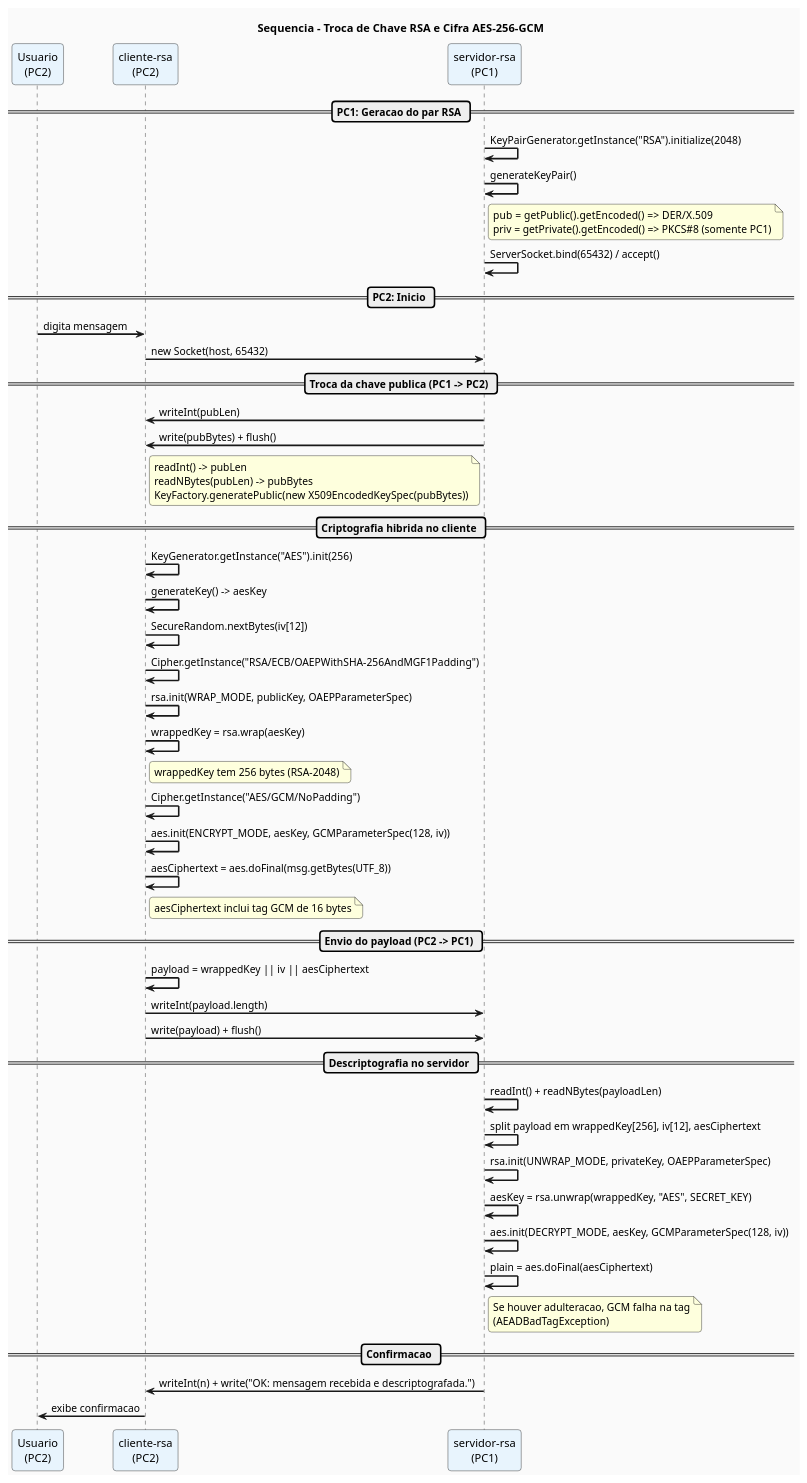
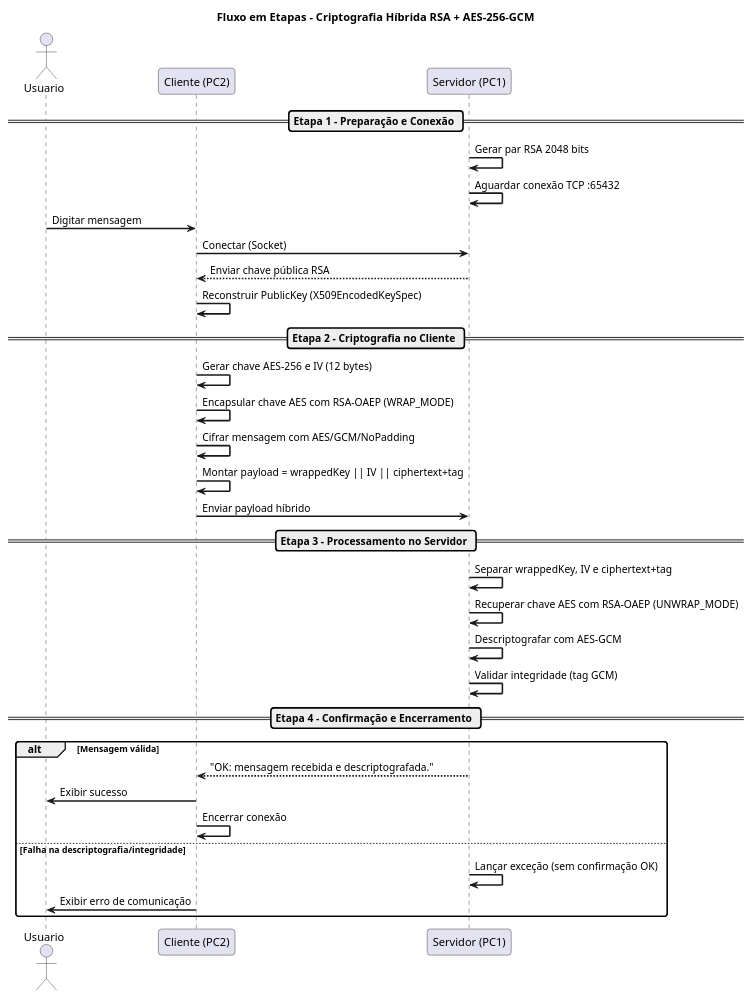
The diagram in criptografia/docs/sistema-rsa-completo.plantuml (burinmatheus/seguranca-de-dados), drawn with PlantUML before and after one commit. The commit also changed other lines of this file and 2 other files, not shown here.

Commit message:
docs: atualiza README e RELATORIO com instruções e diagrama de fluxo

```diff
--- a/criptografia/docs/sistema-rsa-completo.plantuml
+++ b/criptografia/docs/sistema-rsa-completo.plantuml
@@ -124,82 +1,46 @@
-@startuml sequence-troca-de-chaves
+@startuml
+title Fluxo em Etapas - Criptografia Híbrida RSA + AES-256-GCM
+
 skinparam sequenceArrowThickness 2
 skinparam roundcorner 8
-skinparam backgroundColor #FAFAFA
-skinparam sequenceParticipantBackgroundColor #E8F4FD
 
-title Sequencia - Troca de Chave RSA e Cifra AES-256-GCM
+actor "Usuario" as Usuario
+participant "Cliente (PC2)" as Cliente
+participant "Servidor (PC1)" as Servidor
 
-participant "Usuario\n(PC2)" as USR
-participant "cliente-rsa\n(PC2)" as CLI
-participant "servidor-rsa\n(PC1)" as SRV
+== Etapa 1 - Preparação e Conexão ==
+Servidor -> Servidor: Gerar par RSA 2048 bits
+Servidor -> Servidor: Aguardar conexão TCP :65432
+Usuario -> Cliente: Digitar mensagem
+Cliente -> Servidor: Conectar (Socket)
 
-== PC1: Geracao do par RSA ==
+Servidor --> Cliente: Enviar chave pública RSA
 
-SRV -> SRV : KeyPairGenerator.getInstance("RSA").initialize(2048)
-SRV -> SRV : generateKeyPair()
-note right of SRV
-  pub  = getPublic().getEncoded()  => DER/X.509
-  priv = getPrivate().getEncoded() => PKCS#8 (somente PC1)
-end note
-SRV -> SRV : ServerSocket.bind(65432) / accept()
 
-== PC2: Inicio ==
+Cliente -> Cliente: Reconstruir PublicKey (X509EncodedKeySpec)
 
-USR -> CLI : digita mensagem
-CLI -> SRV : new Socket(host, 65432)
+== Etapa 2 - Criptografia no Cliente ==
+Cliente -> Cliente: Gerar chave AES-256 e IV (12 bytes)
+Cliente -> Cliente: Encapsular chave AES com RSA-OAEP (WRAP_MODE)
+Cliente -> Cliente: Cifrar mensagem com AES/GCM/NoPadding
+Cliente -> Cliente: Montar payload = wrappedKey || IV || ciphertext+tag
 
-== Troca da chave publica (PC1 -> PC2) ==
+Cliente -> Servidor: Enviar payload híbrido
 
-SRV -> CLI : writeInt(pubLen)
-SRV -> CLI : write(pubBytes) + flush()
-note right of CLI
-  readInt() -> pubLen
-  readNBytes(pubLen) -> pubBytes
-  KeyFactory.generatePublic(new X509EncodedKeySpec(pubBytes))
-end note
+== Etapa 3 - Processamento no Servidor ==
+Servidor -> Servidor: Separar wrappedKey, IV e ciphertext+tag
+Servidor -> Servidor: Recuperar chave AES com RSA-OAEP (UNWRAP_MODE)
+Servidor -> Servidor: Descriptografar com AES-GCM
+Servidor -> Servidor: Validar integridade (tag GCM)
 
-== Criptografia hibrida no cliente ==
-
-CLI -> CLI : KeyGenerator.getInstance("AES").init(256)
-CLI -> CLI : generateKey() -> aesKey
-CLI -> CLI : SecureRandom.nextBytes(iv[12])
-
-CLI -> CLI : Cipher.getInstance("RSA/ECB/OAEPWithSHA-256AndMGF1Padding")
-CLI -> CLI : rsa.init(WRAP_MODE, publicKey, OAEPParameterSpec)
-CLI -> CLI : wrappedKey = rsa.wrap(aesKey)
-note right of CLI
-  wrappedKey tem 256 bytes (RSA-2048)
-end note
-
-CLI -> CLI : Cipher.getInstance("AES/GCM/NoPadding")
-CLI -> CLI : aes.init(ENCRYPT_MODE, aesKey, GCMParameterSpec(128, iv))
-CLI -> CLI : aesCiphertext = aes.doFinal(msg.getBytes(UTF_8))
-note right of CLI
-  aesCiphertext inclui tag GCM de 16 bytes
-end note
-
-== Envio do payload (PC2 -> PC1) ==
-
-CLI -> CLI : payload = wrappedKey || iv || aesCiphertext
-CLI -> SRV : writeInt(payload.length)
-CLI -> SRV : write(payload) + flush()
-
-== Descriptografia no servidor ==
-
-SRV -> SRV : readInt() + readNBytes(payloadLen)
-SRV -> SRV : split payload em wrappedKey[256], iv[12], aesCiphertext
-SRV -> SRV : rsa.init(UNWRAP_MODE, privateKey, OAEPParameterSpec)
-SRV -> SRV : aesKey = rsa.unwrap(wrappedKey, "AES", SECRET_KEY)
-SRV -> SRV : aes.init(DECRYPT_MODE, aesKey, GCMParameterSpec(128, iv))
-SRV -> SRV : plain = aes.doFinal(aesCiphertext)
-note right of SRV
-  Se houver adulteracao, GCM falha na tag
-  (AEADBadTagException)
-end note
-
-== Confirmacao ==
-
-SRV -> CLI : writeInt(n) + write("OK: mensagem recebida e descriptografada.")
-CLI -> USR : exibe confirmacao
+== Etapa 4 - Confirmação e Encerramento ==
+alt Mensagem válida
+  Servidor --> Cliente: "OK: mensagem recebida e descriptografada."
+  Cliente -> Usuario: Exibir sucesso
+  Cliente -> Cliente: Encerrar conexão
+else Falha na descriptografia/integridade
+  Servidor -> Servidor: Lançar exceção (sem confirmação OK)
+  Cliente -> Usuario: Exibir erro de comunicação
+end
 
 @enduml
```
